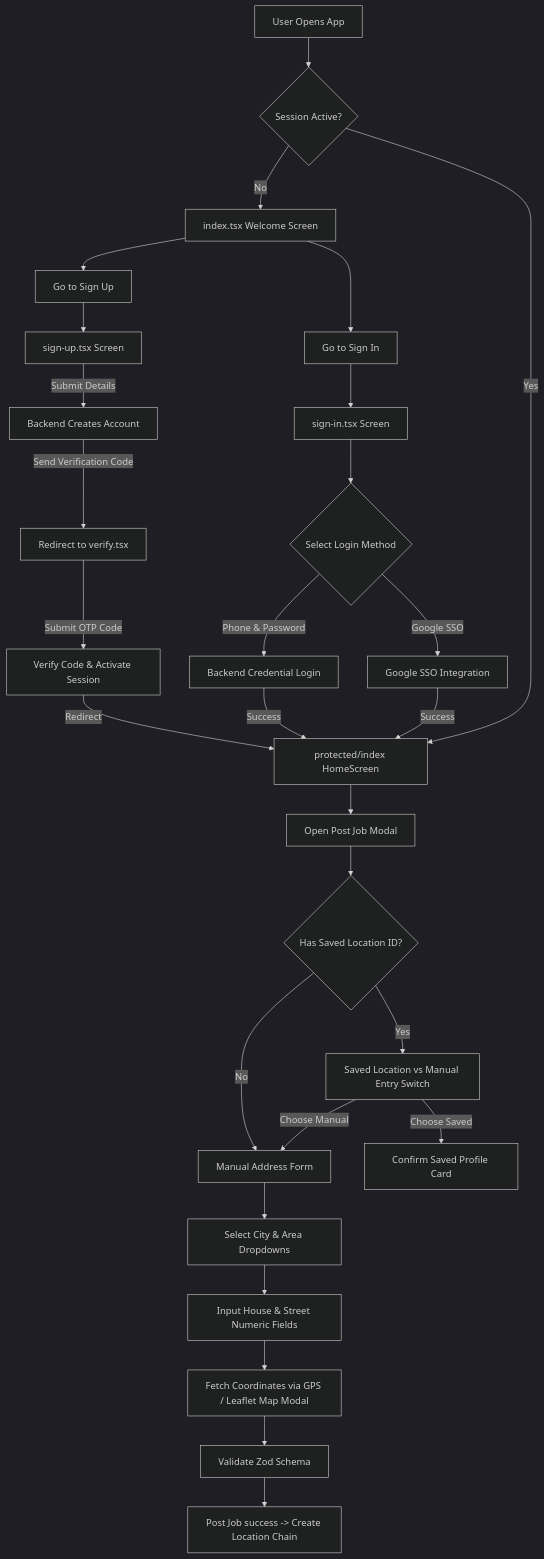
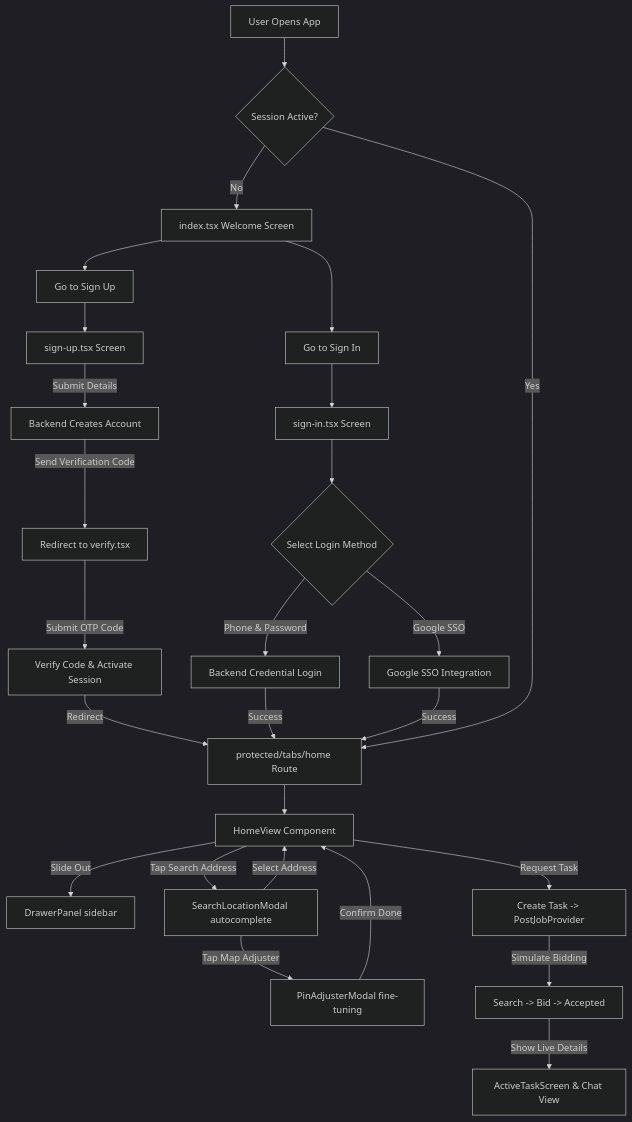
Before and after one commit to Shawaiz788/KaamKrwao: the diagram in README.md, drawn with Mermaid (dark theme). The commit also changed other lines of this file and 3 other files, not shown here.

````diff
--- a/README.md
+++ b/README.md
@@ -41,43 +40,40 @@
 ```mermaid
 graph TD
     A[User Opens App] --> B{Session Active?}
     
     %% Welcome/Root Flow
     B -- No --> C[index.tsx Welcome Screen]
     C --> D[Go to Sign In]
     C --> E[Go to Sign Up]
     
     %% Sign Up & Verification Flow
     E --> F[sign-up.tsx Screen]
     F -->|Submit Details| G[Backend Creates Account]
     G -->|Send Verification Code| H[Redirect to verify.tsx]
     H -->|Submit OTP Code| I[Verify Code & Activate Session]
-    I -->|Redirect| J[protected/index HomeScreen]
+    I -->|Redirect| J[protected/tabs/home Route]
     
     %% Sign In & SSO Flow
     D --> K[sign-in.tsx Screen]
     K --> L{Select Login Method}
     L -- Phone & Password --> M[Backend Credential Login]
     L -- Google SSO --> N[Google SSO Integration]
     
     M -- Success --> J
     N -- Success --> J
     
     %% Protected Route Guards
     B -- Yes --> J
     
-    %% Post Job Location Flow
-    J --> P[Open Post Job Modal]
-    P --> Q{Has Saved Location ID?}
-    Q -- Yes --> R[Saved Location vs Manual Entry Switch]
-    Q -- No --> S[Manual Address Form]
+    %% Home Dashboard Flow
+    J --> O[HomeView Component]
+    O -->|Slide Out| P[DrawerPanel sidebar]
+    O -->|Tap Search Address| Q[SearchLocationModal autocomplete]
+    Q -->|Select Address| O
+    Q -->|Tap Map Adjuster| R[PinAdjusterModal fine-tuning]
+    R -->|Confirm Done| O
     
-    R -->|Choose Saved| T[Confirm Saved Profile Card]
-    R -->|Choose Manual| S
-    
-    S --> U[Select City & Area Dropdowns]
-    U --> V[Input House & Street Numeric Fields]
-    V --> W[Fetch Coordinates via GPS / Leaflet Map Modal]
-    W --> X[Validate Zod Schema]
-    X --> Y[Post Job success -> Create Location Chain]
+    O -->|Request Task| S[Create Task -> PostJobProvider]
+    S -->|Simulate Bidding| T[Search -> Bid -> Accepted]
+    T -->|Show Live Details| U[ActiveTaskScreen & Chat View]
 ```
````
